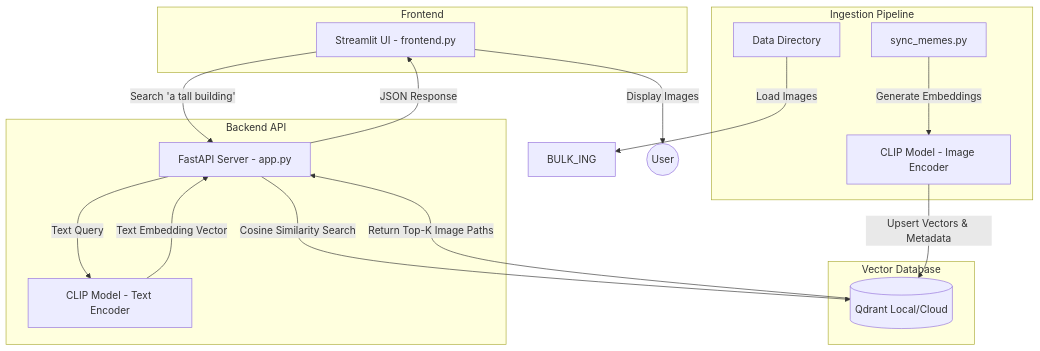
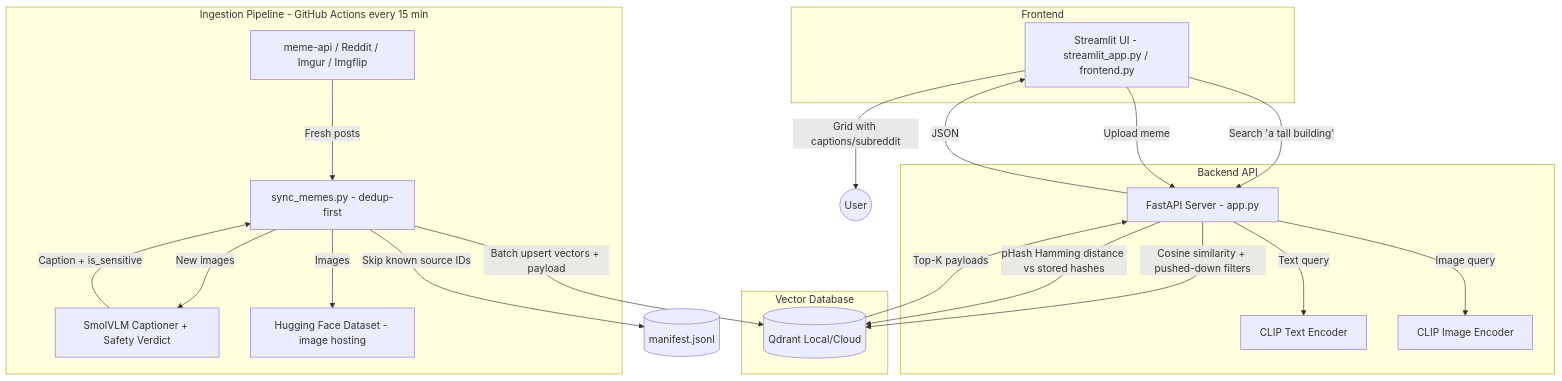
The diagram in README.md (levithion/Lumina), drawn with Mermaid before and after one commit. The commit also changed other lines of this file and 23 other files, not shown here.

First line of the commit message:
Add reverse meme search and VLM-captioned ingestion

````diff
--- a/README.md
+++ b/README.md
@@ -38,35 +40,44 @@
 ```mermaid
 graph TD
     subgraph Frontend
-    UI[Streamlit UI - frontend.py]
+    UI[Streamlit UI - streamlit_app.py / frontend.py]
     end
 
     subgraph Backend API
     API[FastAPI Server - app.py]
-    CLIP_TXT[CLIP Model - Text Encoder]
+    CLIP_TXT[CLIP Text Encoder]
+    CLIP_IMG[CLIP Image Encoder]
     end
 
     subgraph Vector Database
     QDRANT[(Qdrant Local/Cloud)]
     end
 
-    subgraph Ingestion Pipeline
-    IMG_DIR[Data Directory]
-    INGEST[sync_memes.py]
-    CLIP_IMG[CLIP Model - Image Encoder]
+    subgraph Ingestion Pipeline - GitHub Actions every 15 min
+    SOURCES[meme-api / Reddit / Imgur / Imgflip]
+    SYNC[sync_memes.py - dedup-first]
+    VLM[SmolVLM Captioner + Safety Verdict]
+    HF[Hugging Face Dataset - image hosting]
     end
 
-    %% Data Flow
-    IMG_DIR -- Load Images --> BULK_ING
-    INGEST -- Generate Embeddings --> CLIP_IMG
-    CLIP_IMG -- Upsert Vectors & Metadata --> QDRANT
+    %% Ingestion flow
+    SOURCES -- Fresh posts --> SYNC
+    SYNC -- Skip known source IDs --> MANIFEST[(manifest.jsonl)]
+    SYNC -- New images --> VLM
+    VLM -- Caption + is_sensitive --> SYNC
+    SYNC -- Images --> HF
+    SYNC -- Batch upsert vectors + payload --> QDRANT
 
-    %% Search Flow
+    %% Text search flow
     UI -- "Search 'a tall building'" --> API
-    API -- Text Query --> CLIP_TXT
-    CLIP_TXT -- Text Embedding Vector --> API
-    API -- Cosine Similarity Search --> QDRANT
-    QDRANT -- Return Top-K Image Paths --> API
-    API -- JSON Response --> UI
-    UI -- Display Images --> User((User))
+    API -- Text query --> CLIP_TXT
+    API -- Cosine similarity + pushed-down filters --> QDRANT
+    QDRANT -- Top-K payloads --> API
+    API -- JSON --> UI
+    UI -- Grid with captions/subreddit --> User((User))
+
+    %% Reverse image search flow
+    UI -- Upload meme --> API
+    API -- Image query --> CLIP_IMG
+    API -- pHash Hamming distance vs stored hashes --> QDRANT
 ```
````
